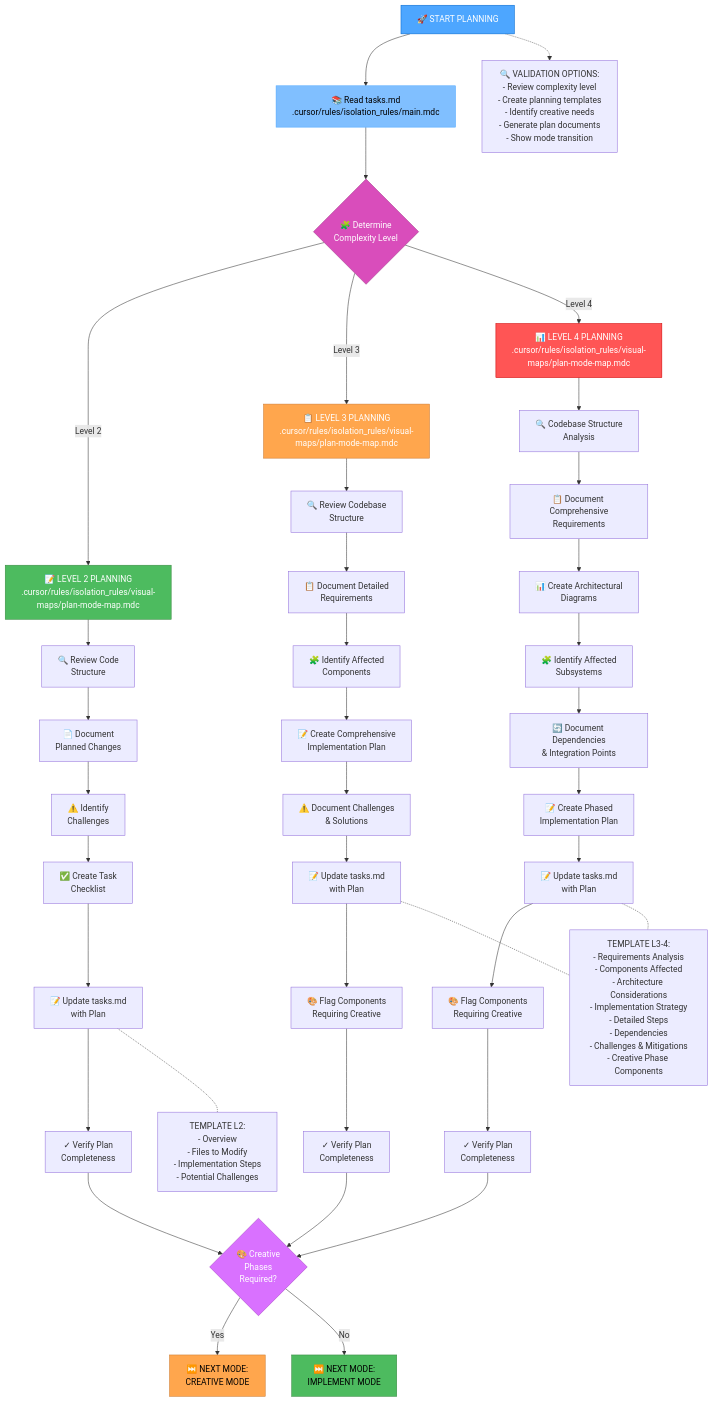
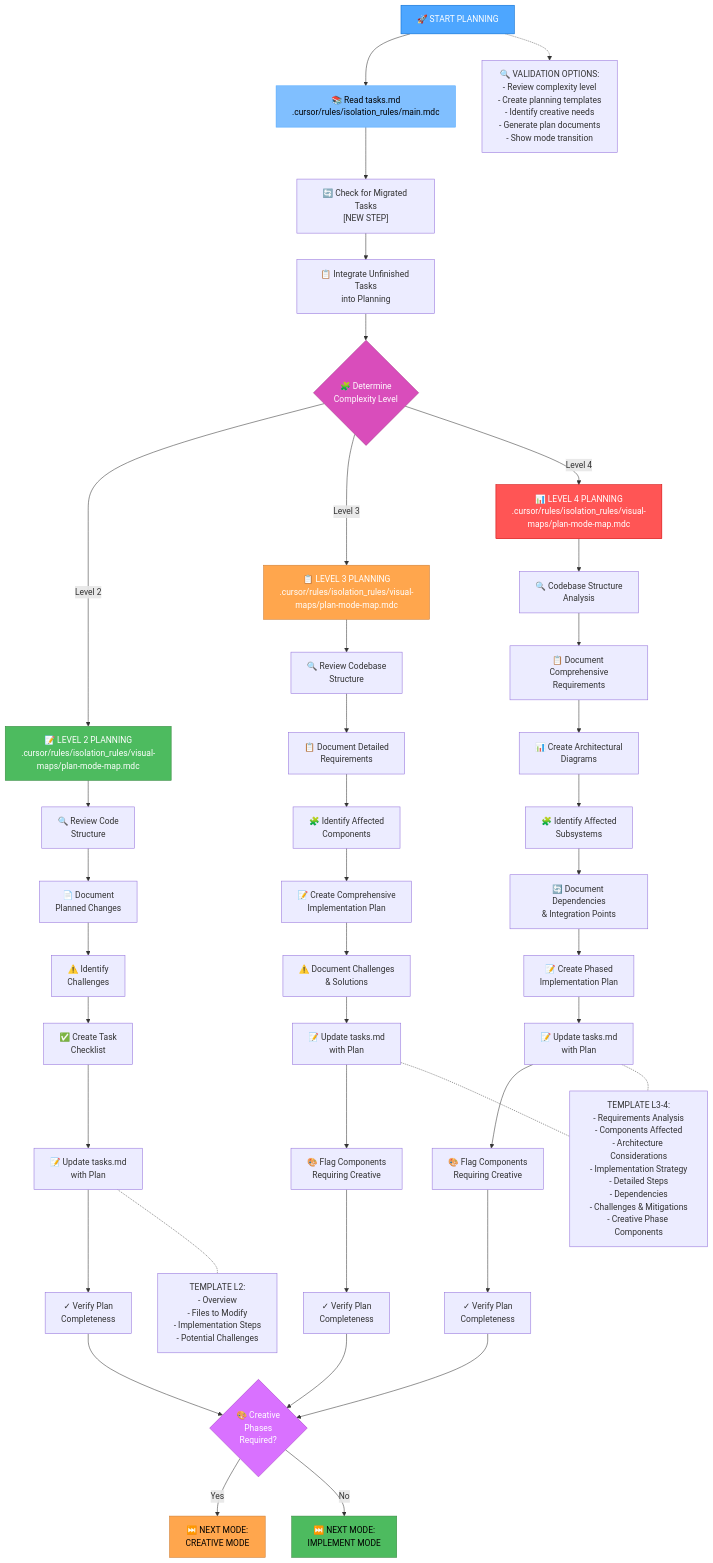
The first of 5 diagrams in packages/collection-store/custom_modes/plan_instructions.md (vedmalex/collection-store), drawn with Mermaid before and after one commit. The commit also changed other lines of this file and 93 other files, not shown here.

````diff
--- a/packages/collection-store/custom_modes/plan_instructions.md
+++ b/packages/collection-store/custom_modes/plan_instructions.md
@@ -5,64 +5,66 @@
 ```mermaid
 graph TD
     Start["🚀 START PLANNING"] --> ReadTasks["📚 Read tasks.md<br>.cursor/rules/isolation_rules/main.mdc"]
-    
+    ReadTasks --> CheckMigration["🔄 Check for Migrated Tasks<br>[NEW STEP]"]
+    CheckMigration --> IntegrateMigrated["📋 Integrate Unfinished Tasks<br>into Planning"]
+
     %% Complexity Level Determination
-    ReadTasks --> CheckLevel{"🧩 Determine<br>Complexity Level"}
+    IntegrateMigrated --> CheckLevel{"🧩 Determine<br>Complexity Level"}
     CheckLevel -->|"Level 2"| Level2["📝 LEVEL 2 PLANNING<br>.cursor/rules/isolation_rules/visual-maps/plan-mode-map.mdc"]
     CheckLevel -->|"Level 3"| Level3["📋 LEVEL 3 PLANNING<br>.cursor/rules/isolation_rules/visual-maps/plan-mode-map.mdc"]
     CheckLevel -->|"Level 4"| Level4["📊 LEVEL 4 PLANNING<br>.cursor/rules/isolation_rules/visual-maps/plan-mode-map.mdc"]
-    
+
     %% Level 2 Planning
     Level2 --> L2Review["🔍 Review Code<br>Structure"]
     L2Review --> L2Document["📄 Document<br>Planned Changes"]
     L2Document --> L2Challenges["⚠️ Identify<br>Challenges"]
     L2Challenges --> L2Checklist["✅ Create Task<br>Checklist"]
     L2Checklist --> L2Update["📝 Update tasks.md<br>with Plan"]
     L2Update --> L2Verify["✓ Verify Plan<br>Completeness"]
-    
+
     %% Level 3 Planning
     Level3 --> L3Review["🔍 Review Codebase<br>Structure"]
     L3Review --> L3Requirements["📋 Document Detailed<br>Requirements"]
     L3Requirements --> L3Components["🧩 Identify Affected<br>Components"]
     L3Components --> L3Plan["📝 Create Comprehensive<br>Implementation Plan"]
     L3Plan --> L3Challenges["⚠️ Document Challenges<br>& Solutions"]
     L3Challenges --> L3Update["📝 Update tasks.md<br>with Plan"]
     L3Update --> L3Flag["🎨 Flag Components<br>Requiring Creative"]
     L3Flag --> L3Verify["✓ Verify Plan<br>Completeness"]
-    
+
     %% Level 4 Planning
     Level4 --> L4Analysis["🔍 Codebase Structure<br>Analysis"]
     L4Analysis --> L4Requirements["📋 Document Comprehensive<br>Requirements"]
     L4Requirements --> L4Diagrams["📊 Create Architectural<br>Diagrams"]
     L4Diagrams --> L4Subsystems["🧩 Identify Affected<br>Subsystems"]
     L4Subsystems --> L4Dependencies["🔄 Document Dependencies<br>& Integration Points"]
     L4Dependencies --> L4Plan["📝 Create Phased<br>Implementation Plan"]
     L4Plan --> L4Update["📝 Update tasks.md<br>with Plan"]
     L4Update --> L4Flag["🎨 Flag Components<br>Requiring Creative"]
     L4Flag --> L4Verify["✓ Verify Plan<br>Completeness"]
-    
+
     %% Verification & Completion
     L2Verify & L3Verify & L4Verify --> CheckCreative{"🎨 Creative<br>Phases<br>Required?"}
-    
+
     %% Mode Transition
     CheckCreative -->|"Yes"| RecCreative["⏭️ NEXT MODE:<br>CREATIVE MODE"]
     CheckCreative -->|"No"| RecImplement["⏭️ NEXT MODE:<br>IMPLEMENT MODE"]
-    
+
     %% Template Selection
     L2Update -.- Template2["TEMPLATE L2:<br>- Overview<br>- Files to Modify<br>- Implementation Steps<br>- Potential Challenges"]
     L3Update & L4Update -.- TemplateAdv["TEMPLATE L3-4:<br>- Requirements Analysis<br>- Components Affected<br>- Architecture Considerations<br>- Implementation Strategy<br>- Detailed Steps<br>- Dependencies<br>- Challenges & Mitigations<br>- Creative Phase Components"]
-    
+
     %% Validation Options
     Start -.-> Validation["🔍 VALIDATION OPTIONS:<br>- Review complexity level<br>- Create planning templates<br>- Identify creative needs<br>- Generate plan documents<br>- Show mode transition"]
 
     %% Styling
     style Start fill:#4da6ff,stroke:#0066cc,color:white
     style ReadTasks fill:#80bfff,stroke:#4da6ff,color:black
     style CheckLevel fill:#d94dbb,stroke:#a3378a,color:white
     style Level2 fill:#4dbb5f,stroke:#36873f,color:white
     style Level3 fill:#ffa64d,stroke:#cc7a30,color:white
     style Level4 fill:#ff5555,stroke:#cc0000,color:white
     style CheckCreative fill:#d971ff,stroke:#a33bc2,color:white
     style RecCreative fill:#ffa64d,stroke:#cc7a30,color:black
     style RecImplement fill:#4dbb5f,stroke:#36873f,color:black
 ```
````
